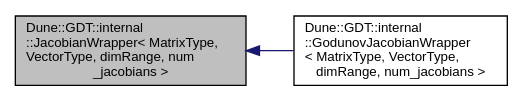
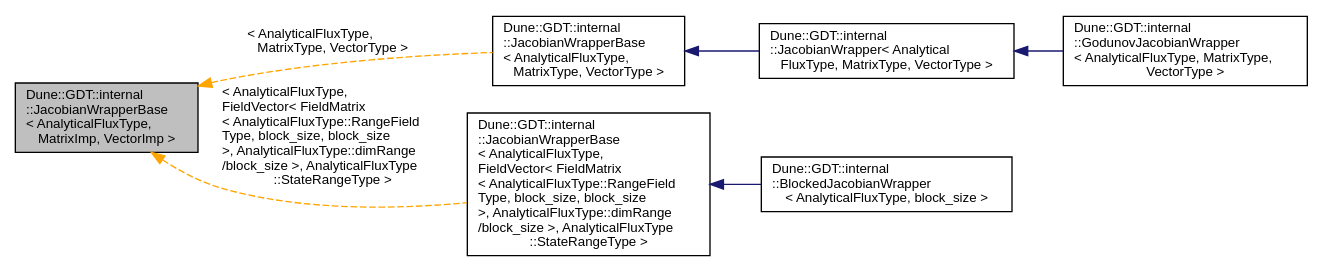
Before and after one commit to dune-community/dune-community.github.io: the diagram in docs/dune-gdt/master/a02004.dot, drawn with Graphviz. The commit also changed 1950 other files, not shown here.

Commit message:
Updated documentation for dune-gdt master

```diff
--- a/docs/dune-gdt/master/a02004.dot
+++ b/docs/dune-gdt/master/a02004.dot
@@ -1,9 +1,17 @@
-digraph "Dune::GDT::internal::JacobianWrapper&lt; MatrixType, VectorType, dimRange, num_jacobians &gt;"
+digraph "Dune::GDT::internal::JacobianWrapperBase&lt; AnalyticalFluxType, MatrixImp, VectorImp &gt;"
 {
   edge [fontname="Helvetica",fontsize="10",labelfontname="Helvetica",labelfontsize="10"];
   node [fontname="Helvetica",fontsize="10",shape=record];
   rankdir="LR";
-  Node0 [label="Dune::GDT::internal\l::JacobianWrapper\< MatrixType,\l VectorType, dimRange, num\l_jacobians \>",height=0.2,width=0.4,color="black", fillcolor="grey75", style="filled", fontcolor="black"];
-  Node0 -> Node1 [dir="back",color="midnightblue",fontsize="10",style="solid",fontname="Helvetica"];
-  Node1 [label="Dune::GDT::internal\l::GodunovJacobianWrapper\l\< MatrixType, VectorType,\l dimRange, num_jacobians \>",height=0.2,width=0.4,color="black", fillcolor="white", style="filled",URL="$a01209.html"];
+  Node0 [label="Dune::GDT::internal\l::JacobianWrapperBase\l\< AnalyticalFluxType,\l MatrixImp, VectorImp \>",height=0.2,width=0.4,color="black", fillcolor="grey75", style="filled", fontcolor="black"];
+  Node0 -> Node1 [dir="back",color="orange",fontsize="10",style="dashed",label=" \< AnalyticalFluxType,\l MatrixType, VectorType \>" ,fontname="Helvetica"];
+  Node1 [label="Dune::GDT::internal\l::JacobianWrapperBase\l\< AnalyticalFluxType,\l MatrixType, VectorType \>",height=0.2,width=0.4,color="black", fillcolor="white", style="filled",URL="$a02005.html"];
+  Node1 -> Node2 [dir="back",color="midnightblue",fontsize="10",style="solid",fontname="Helvetica"];
+  Node2 [label="Dune::GDT::internal\l::JacobianWrapper\< Analytical\lFluxType, MatrixType, VectorType \>",height=0.2,width=0.4,color="black", fillcolor="white", style="filled",URL="$a02009.html"];
+  Node2 -> Node3 [dir="back",color="midnightblue",fontsize="10",style="solid",fontname="Helvetica"];
+  Node3 [label="Dune::GDT::internal\l::GodunovJacobianWrapper\l\< AnalyticalFluxType, MatrixType,\l VectorType \>",height=0.2,width=0.4,color="black", fillcolor="white", style="filled",URL="$a01209.html"];
+  Node0 -> Node4 [dir="back",color="orange",fontsize="10",style="dashed",label=" \< AnalyticalFluxType,\l FieldVector\< FieldMatrix\l\< AnalyticalFluxType::RangeField\lType, block_size, block_size\l \>, AnalyticalFluxType::dimRange\l/block_size \>, AnalyticalFluxType\l::StateRangeType \>" ,fontname="Helvetica"];
+  Node4 [label="Dune::GDT::internal\l::JacobianWrapperBase\l\< AnalyticalFluxType,\l FieldVector\< FieldMatrix\l\< AnalyticalFluxType::RangeField\lType, block_size, block_size\l \>, AnalyticalFluxType::dimRange\l/block_size \>, AnalyticalFluxType\l::StateRangeType \>",height=0.2,width=0.4,color="black", fillcolor="white", style="filled",URL="$a02005.html"];
+  Node4 -> Node5 [dir="back",color="midnightblue",fontsize="10",style="solid",fontname="Helvetica"];
+  Node5 [label="Dune::GDT::internal\l::BlockedJacobianWrapper\l\< AnalyticalFluxType, block_size \>",height=0.2,width=0.4,color="black", fillcolor="white", style="filled",URL="$a02013.html"];
 }
```
